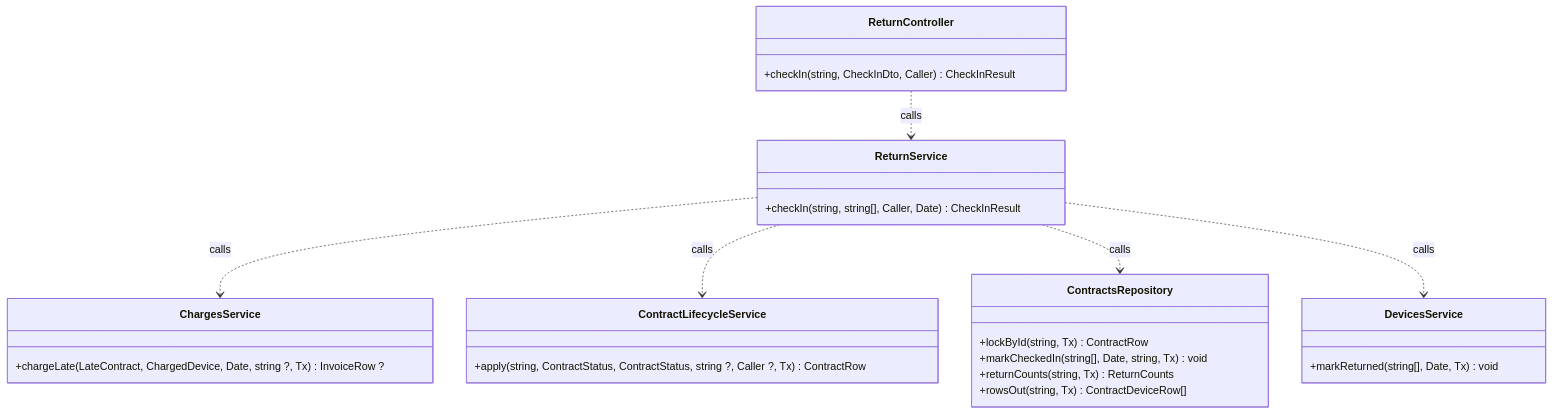
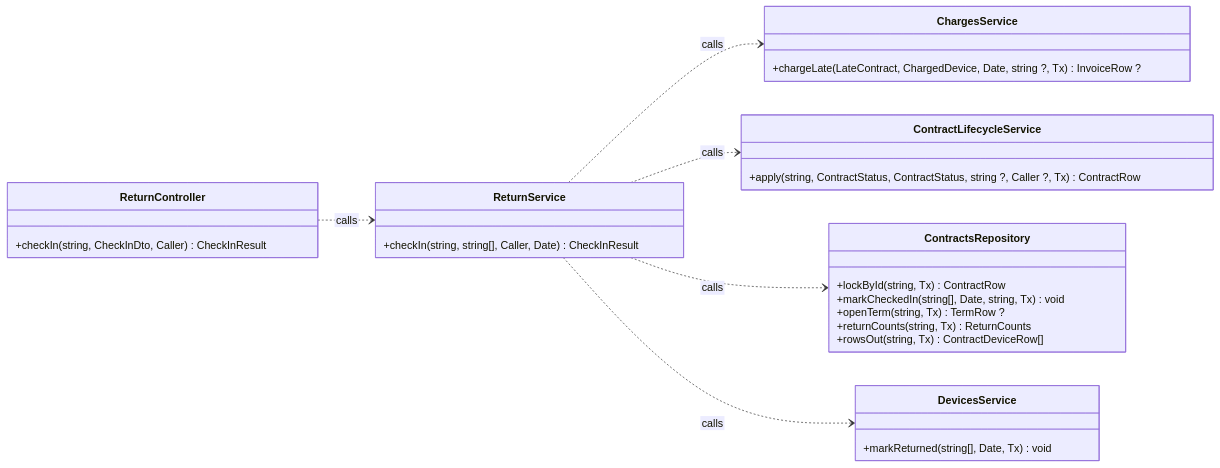
One commit to TrekLink-Team/treklink-web changed diagram 11 of 29 in specs/rentals/design.md. Above: the diagram before and after it, drawn with Mermaid. The commit also changed other lines of this file and 23 other files, not shown here.

````diff
--- a/specs/rentals/design.md
+++ b/specs/rentals/design.md
@@ -418,30 +418,32 @@
 ```mermaid
+%%{init: {"htmlLabels": false}}%%
 classDiagram
-    direction TB
+    direction LR
     class ReturnController {
         +checkIn(string, CheckInDto, Caller) CheckInResult
     }
     class ReturnService {
         +checkIn(string, string[], Caller, Date) CheckInResult
     }
     class DevicesService {
         +markReturned(string[], Date, Tx) void
     }
     class ChargesService {
         +chargeLate(LateContract, ChargedDevice, Date, string ?, Tx) InvoiceRow ?
     }
     class ContractLifecycleService {
         +apply(string, ContractStatus, ContractStatus, string ?, Caller ?, Tx) ContractRow
     }
     class ContractsRepository {
         +lockById(string, Tx) ContractRow
         +markCheckedIn(string[], Date, string, Tx) void
+        +openTerm(string, Tx) TermRow ?
         +returnCounts(string, Tx) ReturnCounts
         +rowsOut(string, Tx) ContractDeviceRow[]
     }
     ReturnController ..> ReturnService : calls
     ReturnService ..> ChargesService : calls
     ReturnService ..> ContractLifecycleService : calls
     ReturnService ..> ContractsRepository : calls
     ReturnService ..> DevicesService : calls
 ```
````
